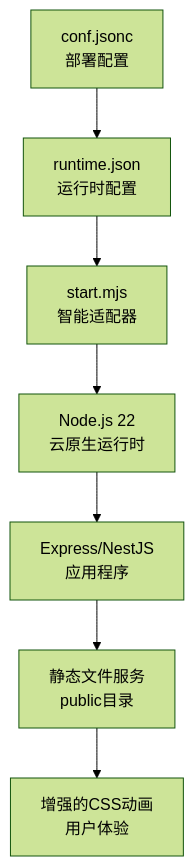
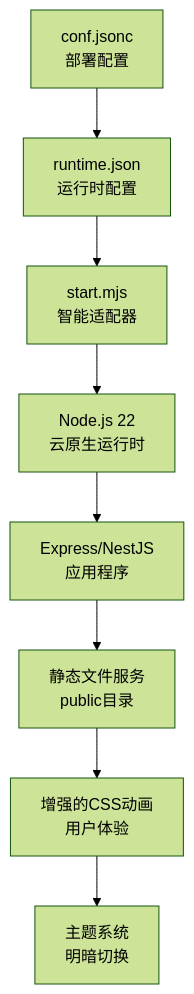
The ninth of 12 diagrams in .qoder/repowiki/zh/content/后端框架测试/后端框架测试.md (esa-sp/test-for-aone-ci), drawn with Mermaid (forest theme) before and after one commit. The commit also changed other lines of this file and 7 other files, not shown here.

````diff
--- a/.qoder/repowiki/zh/content/后端框架测试/后端框架测试.md
+++ b/.qoder/repowiki/zh/content/后端框架测试/后端框架测试.md
@@ -405,9 +443,10 @@
 ```mermaid
 flowchart TD
 A["conf.jsonc<br/>部署配置"] --> B["runtime.json<br/>运行时配置"]
 B --> C["start.mjs<br/>智能适配器"]
 C --> D["Node.js 22<br/>云原生运行时"]
 D --> E["Express/NestJS<br/>应用程序"]
 E --> F["静态文件服务<br/>public目录"]
 F --> G["增强的CSS动画<br/>用户体验"]
+G --> H["主题系统<br/>明暗切换"]
 ```
````
